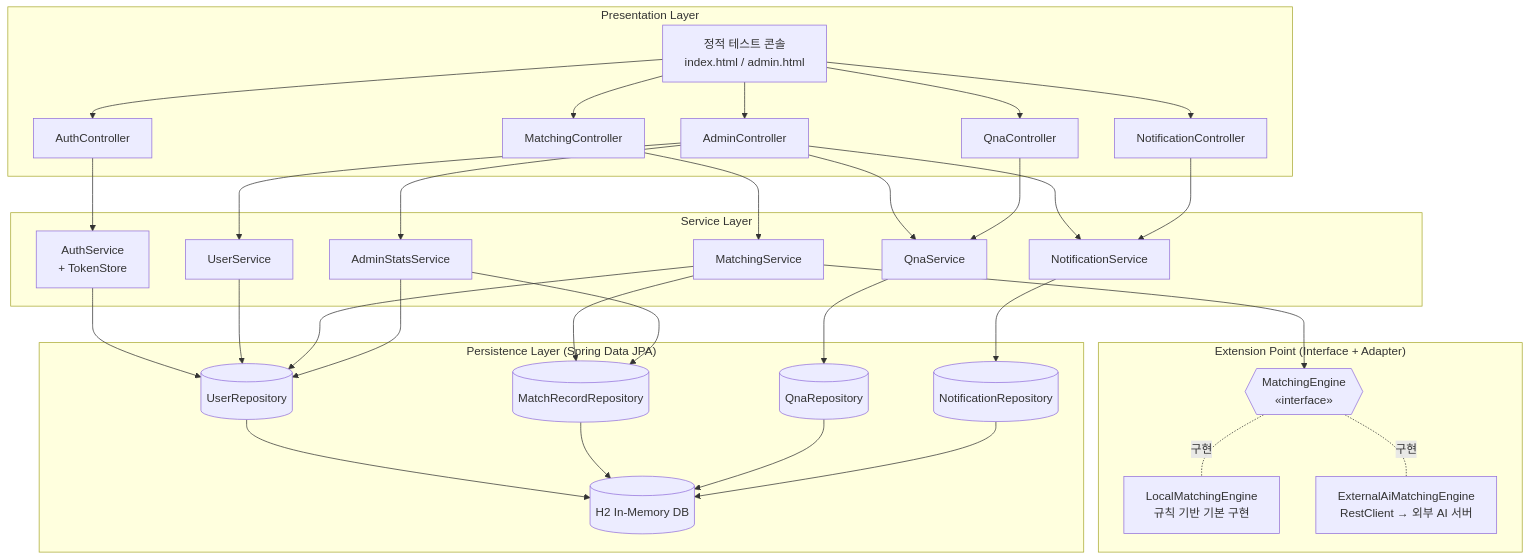
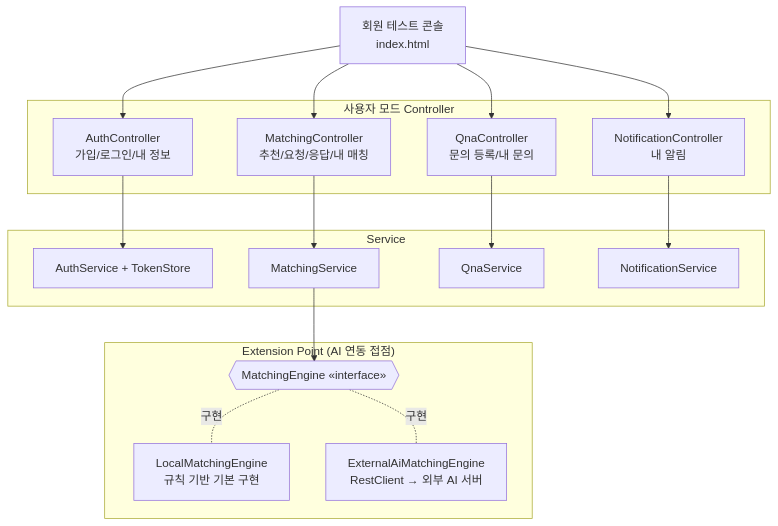
Before and after one commit to hello-pebble/MatchSimulation: the first of 5 diagrams in docs/architecture.md, drawn with Mermaid. The commit also changed other lines of this file and 2 other files, not shown here.

Commit message:
Split architecture diagrams by mode and add use case document
- architecture.md: user-mode / admin-mode / shared-persistence diagrams
- docs/usecase.md: per-mode use case diagrams and tables plus a
  cross-flow match-success scenario
- Link usecase doc from README

Claude-Session: https://claude.ai/code/session_014teyka6jbRqmBZmhU5KSRJ

````diff
--- a/docs/architecture.md
+++ b/docs/architecture.md
@@ -25,50 +31,33 @@
 ```mermaid
 graph TD
-    subgraph "Presentation Layer"
-        FE[정적 테스트 콘솔<br/>index.html / admin.html]
-        AUC[AuthController]
-        MC[MatchingController]
-        QC[QnaController]
-        NC[NotificationController]
-        ADC[AdminController]
+    FE[회원 테스트 콘솔<br/>index.html]
+
+    subgraph "사용자 모드 Controller"
+        AUC[AuthController<br/>가입/로그인/내 정보]
+        MC[MatchingController<br/>추천/요청/응답/내 매칭]
+        QC[QnaController<br/>문의 등록/내 문의]
+        NC[NotificationController<br/>내 알림]
     end
 
-    subgraph "Service Layer"
-        AUS[AuthService<br/>+ TokenStore]
-        US[UserService]
+    subgraph "Service"
+        AUS[AuthService + TokenStore]
         MS[MatchingService]
         QS[QnaService]
         NS[NotificationService]
-        SS[AdminStatsService]
     end
 
-    subgraph "Extension Point (Interface + Adapter)"
-        ME{{MatchingEngine<br/>«interface»}}
+    subgraph "Extension Point (AI 연동 접점)"
+        ME{{MatchingEngine «interface»}}
         LME[LocalMatchingEngine<br/>규칙 기반 기본 구현]
         XME[ExternalAiMatchingEngine<br/>RestClient → 외부 AI 서버]
     end
 
-    subgraph "Persistence Layer (Spring Data JPA)"
-        UR[(UserRepository)]
-        MR[(MatchRecordRepository)]
-        QR[(QnaRepository)]
-        NR[(NotificationRepository)]
-        H2[(H2 In-Memory DB)]
-    end
-
-    FE --> AUC & MC & QC & NC & ADC
+    FE --> AUC & MC & QC & NC
     AUC --> AUS
-    ADC --> US & QS & NS & SS
     MC --> MS
     QC --> QS
     NC --> NS
     MS --> ME
     ME -.구현.- LME
     ME -.구현.- XME
-    AUS & US --> UR
-    MS --> UR & MR
-    QS --> QR
-    NS --> NR
-    SS --> MR & UR
-    UR & MR & QR & NR --> H2
 ```
````
